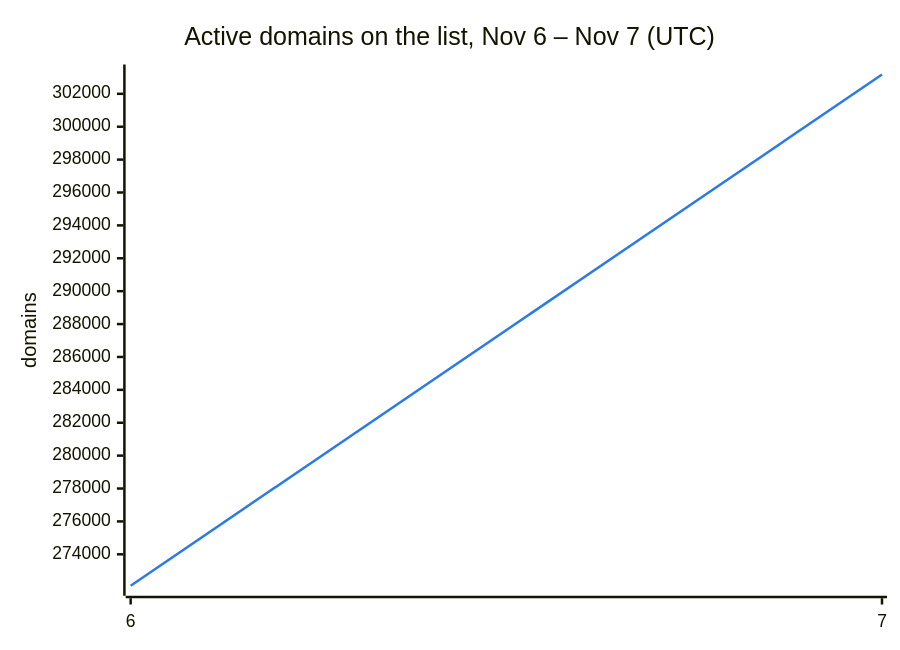
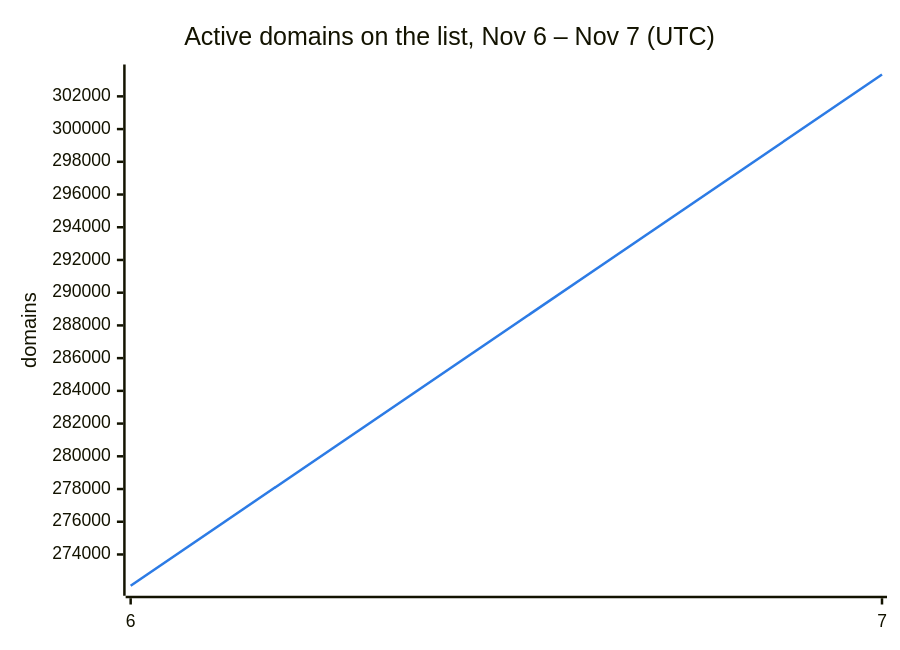
The second of 3 diagrams in README.md (DNSBunker/CTI), drawn with Mermaid before and after one commit. The commit also changed other lines of this file and 3 other files, not shown here.

````diff
--- a/README.md
+++ b/README.md
@@ -38,8 +38,8 @@
 ```mermaid
 %%{init: {"themeVariables": {"xyChart": {"plotColorPalette": "#2c7be5"}}}}%%
 xychart-beta
     title "Active domains on the list, Nov 6 – Nov 7 (UTC)"
     x-axis ["6", "7"]
     y-axis "domains"
-    line [272088, 303175]
+    line [272088, 303336]
 ```
````
